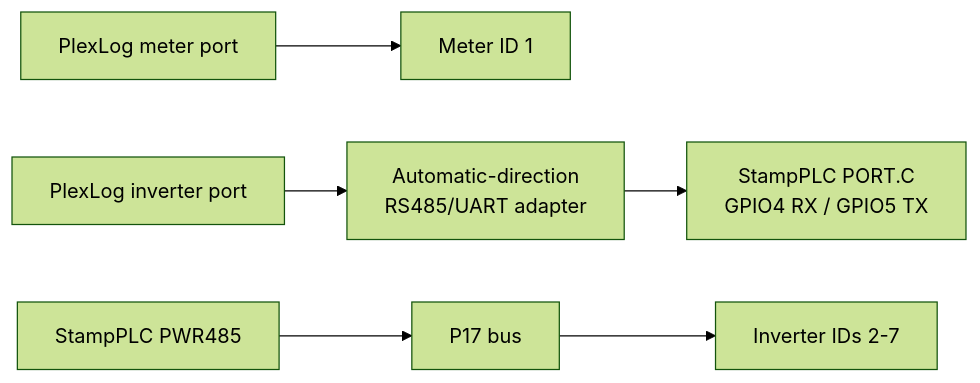
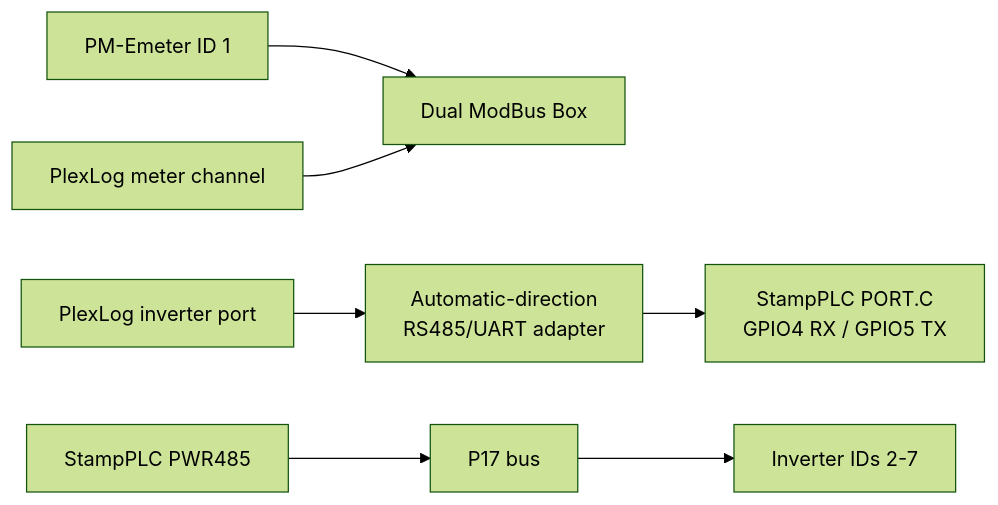
The sixth of 6 diagrams in README.en.md (tatsuo25103/14a-bridge), drawn with Mermaid (forest theme) before and after one commit. The commit also changed other lines of this file and 11 other files, not shown here.

Commit message:
docs: replace wiring guide and add PlexLog setup

````diff
--- a/README.en.md
+++ b/README.en.md
@@ -331,8 +339,9 @@
 ```mermaid
 flowchart LR
-    PLM["PlexLog meter port"] --> M["Meter ID 1"]
+    M["PM-Emeter ID 1"] --> DB["Dual ModBus Box"]
+    PLM["PlexLog meter channel"] --> DB
     PLI["PlexLog inverter port"] --> AD["Automatic-direction\nRS485/UART adapter"]
     AD --> PC["StampPLC PORT.C\nGPIO4 RX / GPIO5 TX"]
     SP["StampPLC PWR485"] --> P17["P17 bus"]
     P17 --> INV["Inverter IDs 2-7"]
 ```
````
